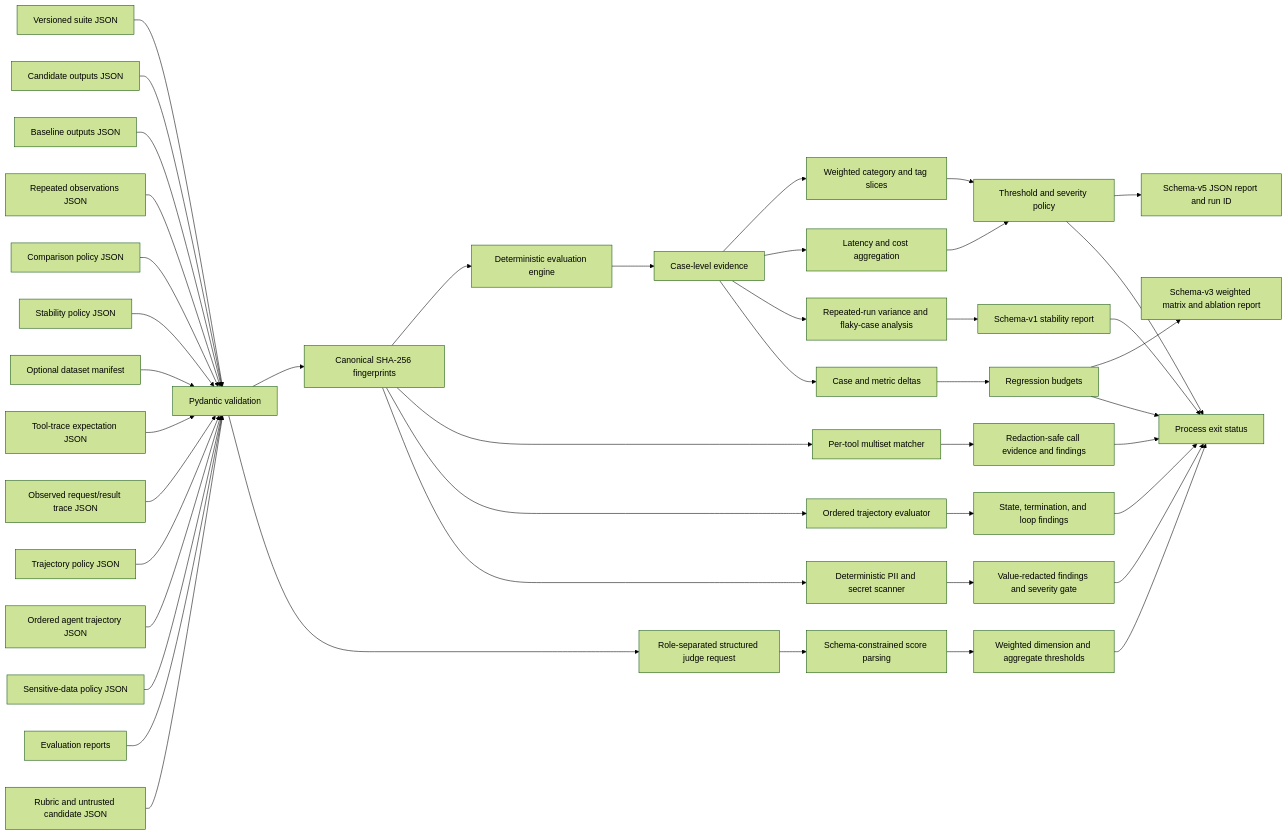
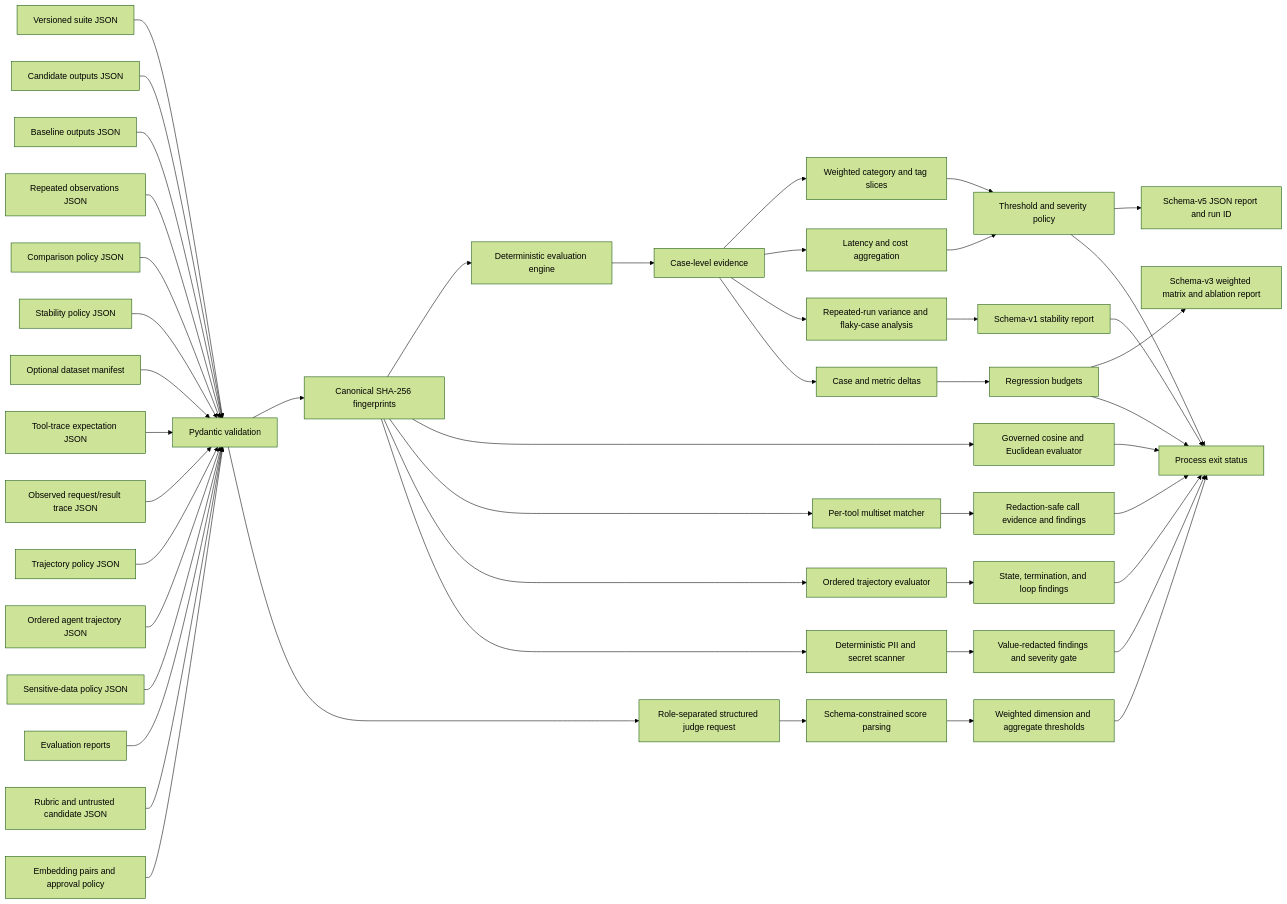
Before and after one commit to navaneeth9908/evalforge: the first of 2 diagrams in docs/architecture.md, drawn with Mermaid (forest theme). The commit also changed other lines of this file and 14 other files, not shown here.

Commit message:
add governed embedding similarity evaluation

````diff
--- a/docs/architecture.md
+++ b/docs/architecture.md
@@ -7,46 +7,49 @@
 ```mermaid
 flowchart LR
     S[Versioned suite JSON] --> V[Pydantic validation]
     O[Candidate outputs JSON] --> V
     B[Baseline outputs JSON] --> V
     N[Repeated observations JSON] --> V
     C[Comparison policy JSON] --> V
     Y[Stability policy JSON] --> V
     M[Optional dataset manifest] --> V
     U[Tool-trace expectation JSON] --> V
     K[Observed request/result trace JSON] --> V
     TP[Trajectory policy JSON] --> V
     AT[Ordered agent trajectory JSON] --> V
     SD[Sensitive-data policy JSON] --> V
     ER[Evaluation reports] --> V
     RB[Rubric and untrusted candidate JSON] --> V
+    EM[Embedding pairs and approval policy] --> V
     V --> H[Canonical SHA-256 fingerprints]
     V --> SJ[Role-separated structured judge request]
     SJ --> JS[Schema-constrained score parsing]
     JS --> JW[Weighted dimension and aggregate thresholds]
     JW --> X
     H --> E[Deterministic evaluation engine]
+    H --> ES[Governed cosine and Euclidean evaluator]
+    ES --> X
     H --> L[Per-tool multiset matcher]
     H --> TE[Ordered trajectory evaluator]
     TE --> TF[State, termination, and loop findings]
     TF --> X[Process exit status]
     H --> LS[Deterministic PII and secret scanner]
     LS --> LF[Value-redacted findings and severity gate]
     LF --> X
     L --> F[Redaction-safe call evidence and findings]
     F --> X[Process exit status]
     E --> R[Case-level evidence]
     R --> W[Weighted category and tag slices]
     R --> P[Latency and cost aggregation]
     R --> T[Repeated-run variance and flaky-case analysis]
     W --> G[Threshold and severity policy]
     P --> G
     G --> J[Schema-v5 JSON report and run ID]
     G --> X[Process exit status]
     R --> D[Case and metric deltas]
     D --> Q[Regression budgets]
     Q --> A[Schema-v3 weighted matrix and ablation report]
     T --> Z[Schema-v1 stability report]
     Z --> X
     Q --> X
 ```
````
